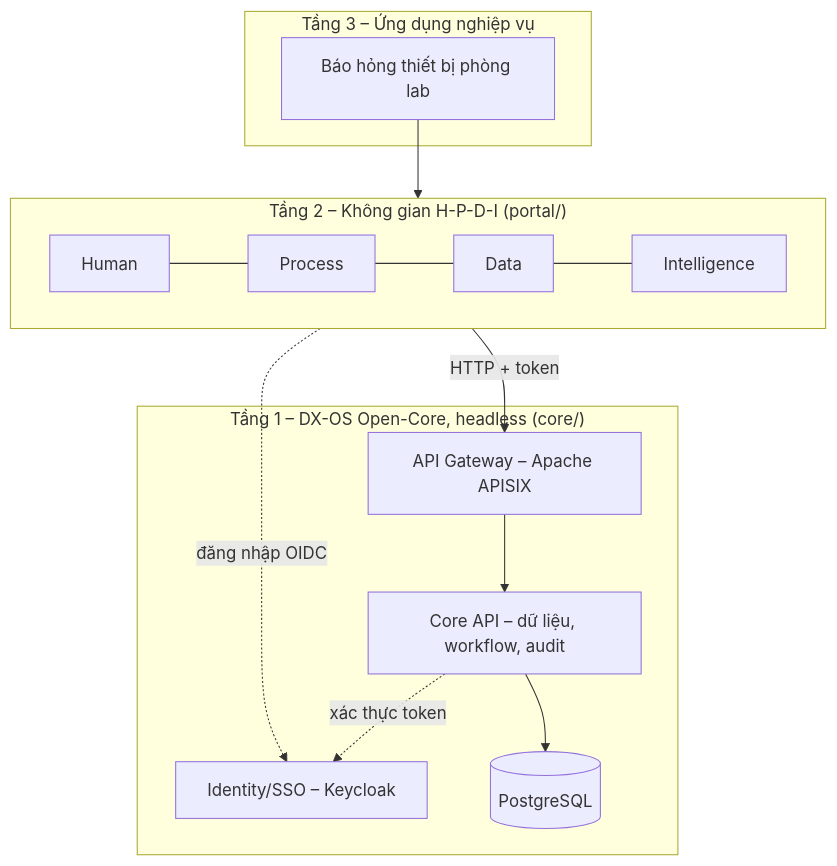
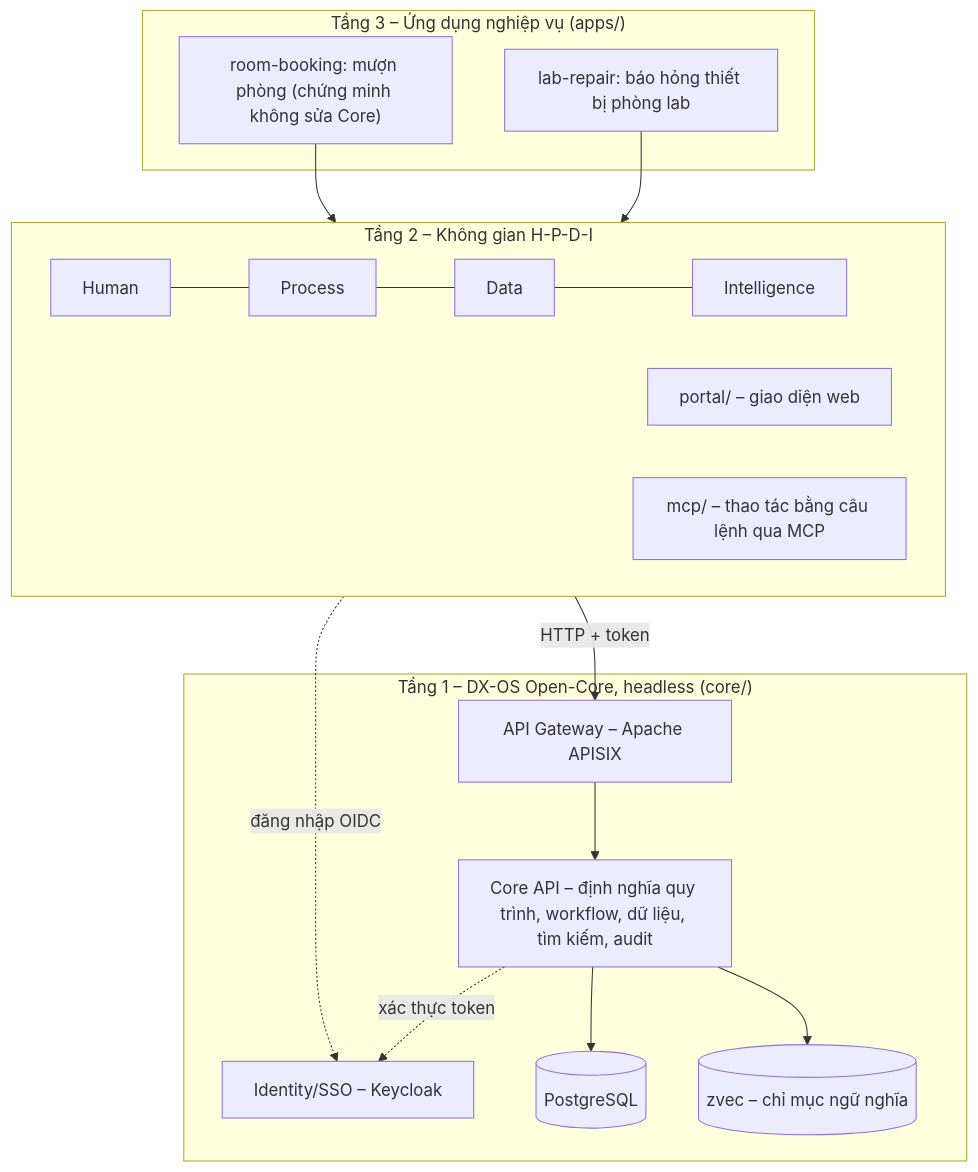
One commit to HaUI-NPC/dx-lab changed the diagram in README.md. Above: the diagram before and after it, drawn with Mermaid. The commit also changed other lines of this file and 4 other files, not shown here.

````diff
--- a/README.md
+++ b/README.md
@@ -33,21 +34,27 @@
 ```mermaid
 flowchart TB
-  subgraph T3["Tầng 3 – Ứng dụng nghiệp vụ"]
-    APP["Báo hỏng thiết bị phòng lab"]
+  subgraph T3["Tầng 3 – Ứng dụng nghiệp vụ (apps/)"]
+    APP["lab-repair: báo hỏng thiết bị phòng lab"]
+    APP2["room-booking: mượn phòng (chứng minh không sửa Core)"]
   end
-  subgraph T2["Tầng 2 – Không gian H-P-D-I (portal/)"]
+  subgraph T2["Tầng 2 – Không gian H-P-D-I"]
     H["Human"] --- P["Process"] --- D["Data"] --- I["Intelligence"]
+    POR["portal/ – giao diện web"]
+    MCP["mcp/ – thao tác bằng câu lệnh qua MCP"]
   end
   subgraph T1["Tầng 1 – DX-OS Open-Core, headless (core/)"]
     GW["API Gateway – Apache APISIX"]
     IDP["Identity/SSO – Keycloak"]
-    CORE["Core API – dữ liệu, workflow, audit"]
+    CORE["Core API – định nghĩa quy trình, workflow, dữ liệu, tìm kiếm, audit"]
     DB[("PostgreSQL")]
+    VEC[("zvec – chỉ mục ngữ nghĩa")]
   end
   APP --> T2
+  APP2 --> T2
   T2 -->|HTTP + token| GW
   T2 -. đăng nhập OIDC .-> IDP
   GW --> CORE
   CORE -. xác thực token .-> IDP
   CORE --> DB
+  CORE --> VEC
 ```
````
